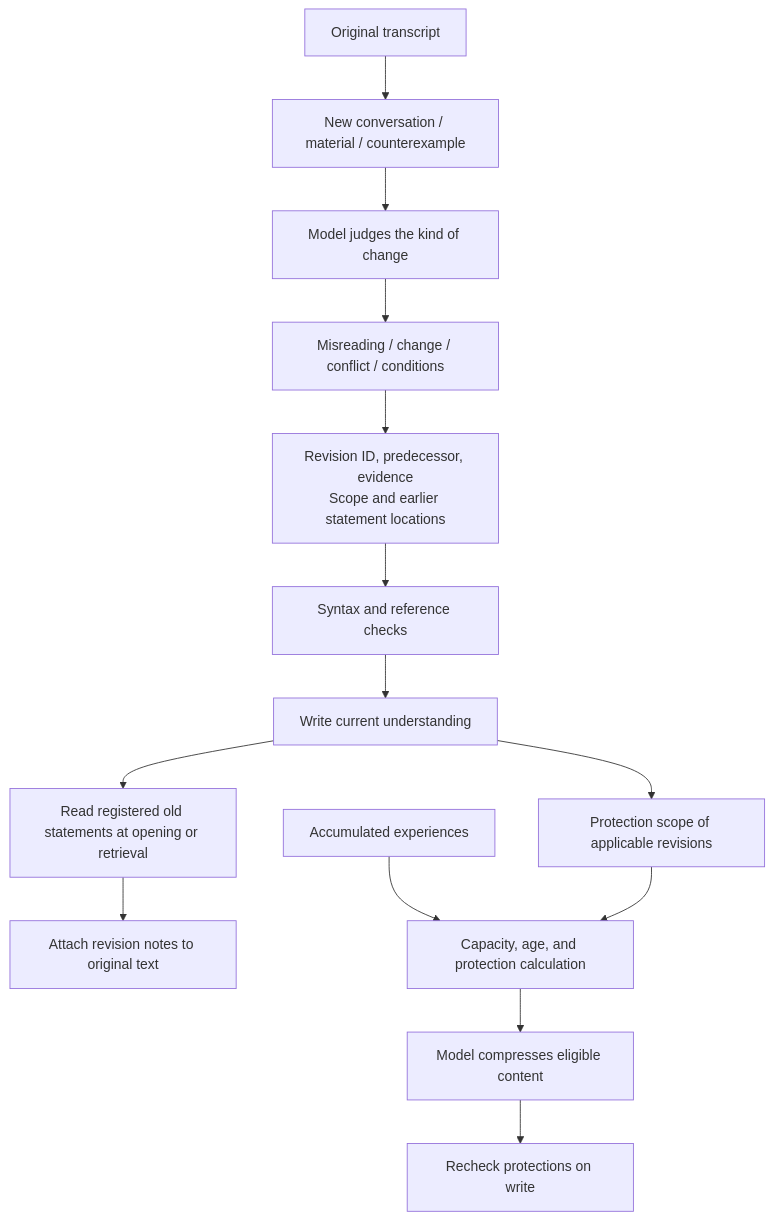
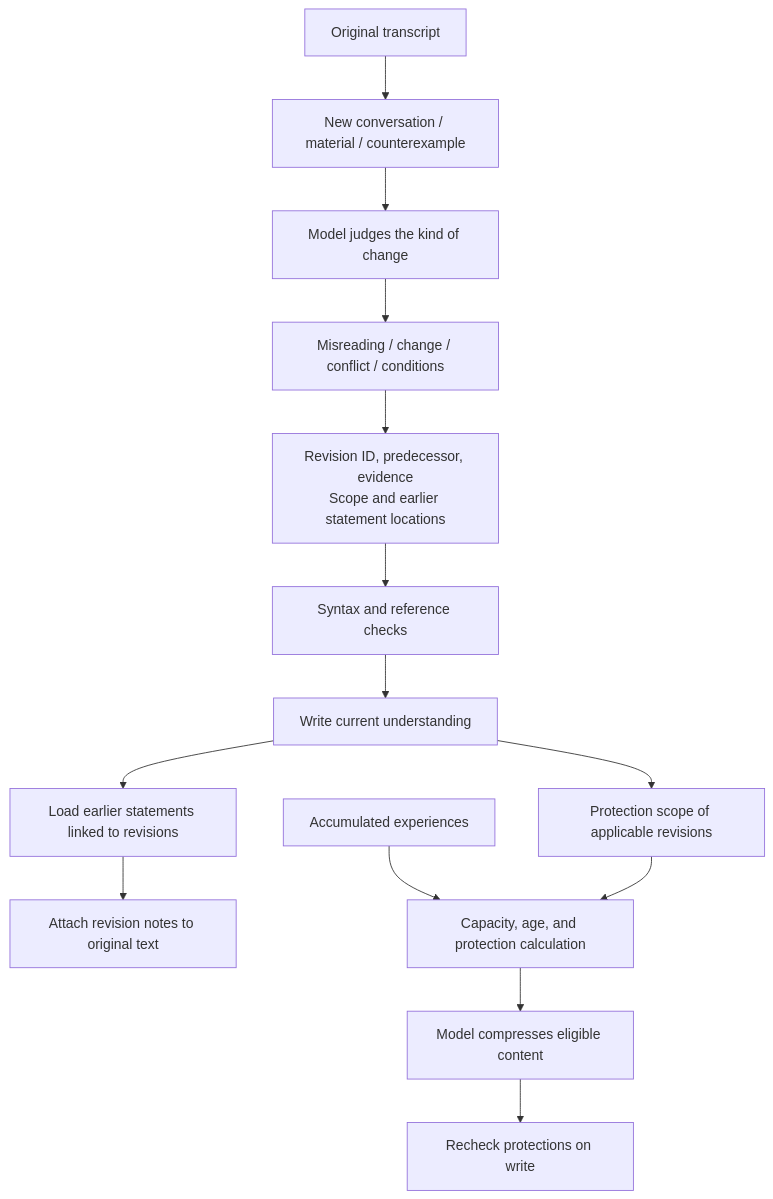
The third of 4 diagrams in docs/en/architecture.md (ikarugaikoi/hikaru-memory), drawn with Mermaid before and after one commit. The commit also changed other lines of this file and 26 other files, not shown here.

````diff
--- a/docs/en/architecture.md
+++ b/docs/en/architecture.md
@@ -87,16 +87,16 @@
 ```mermaid
 flowchart TD
     Evidence[New conversation / material / counterexample] --> Interpret[Model judges the kind of change]
     Interpret --> Revision[Misreading / change / conflict / conditions]
     Revision --> Fields[Revision ID, predecessor, evidence\nScope and earlier statement locations]
     Fields --> Check[Syntax and reference checks]
     Check --> Notes[Write current understanding]
-    Notes --> Readback[Read registered old statements at opening or retrieval]
+    Notes --> Readback[Load earlier statements linked to revisions]
     Readback --> Annotate[Attach revision notes to original text]
     Episodes[Accumulated experiences] --> Plan[Capacity, age, and protection calculation]
     Notes --> Protect[Protection scope of applicable revisions]
     Protect --> Plan
     Plan --> Summarize[Model compresses eligible content]
     Summarize --> Commit[Recheck protections on write]
     Raw[Original transcript] --> Evidence
 ```
````
